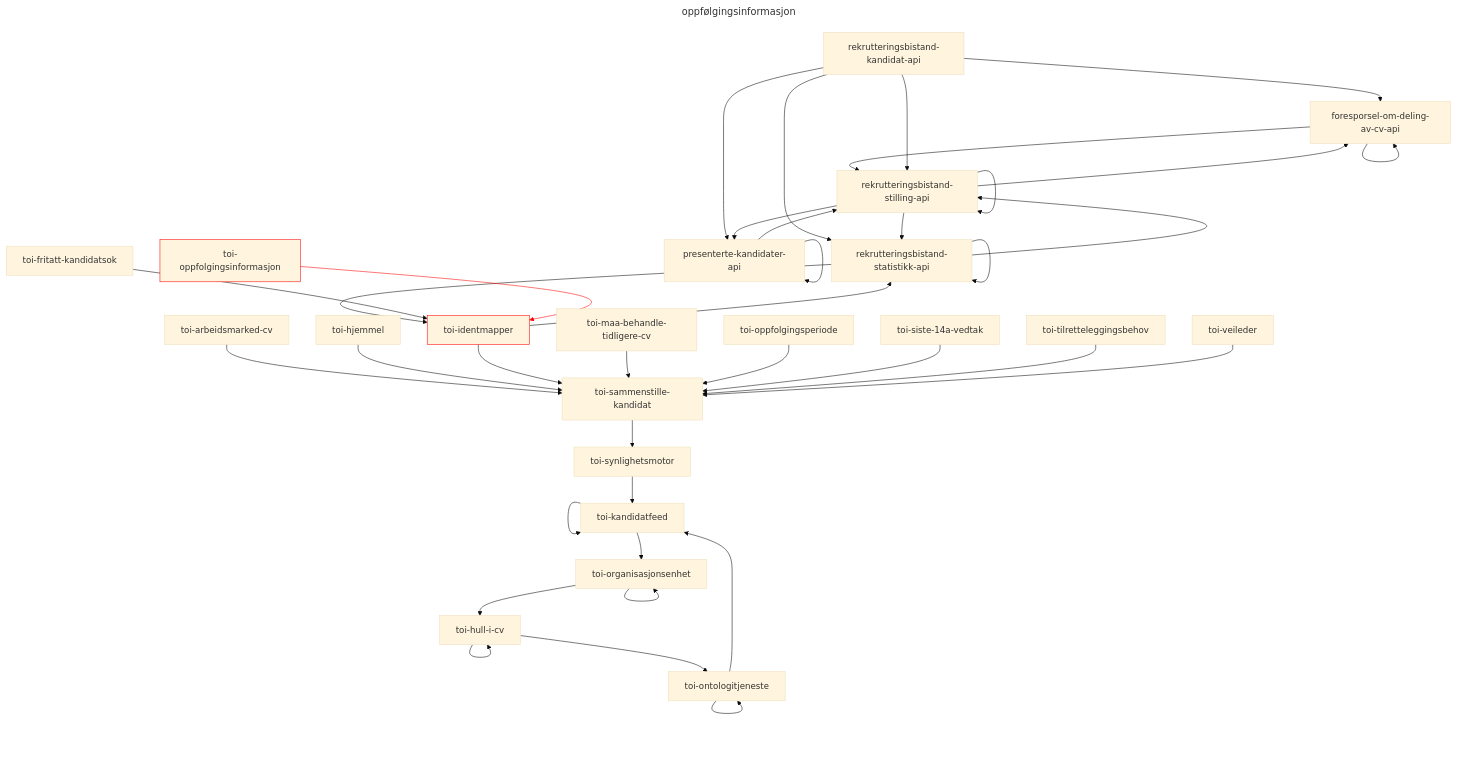
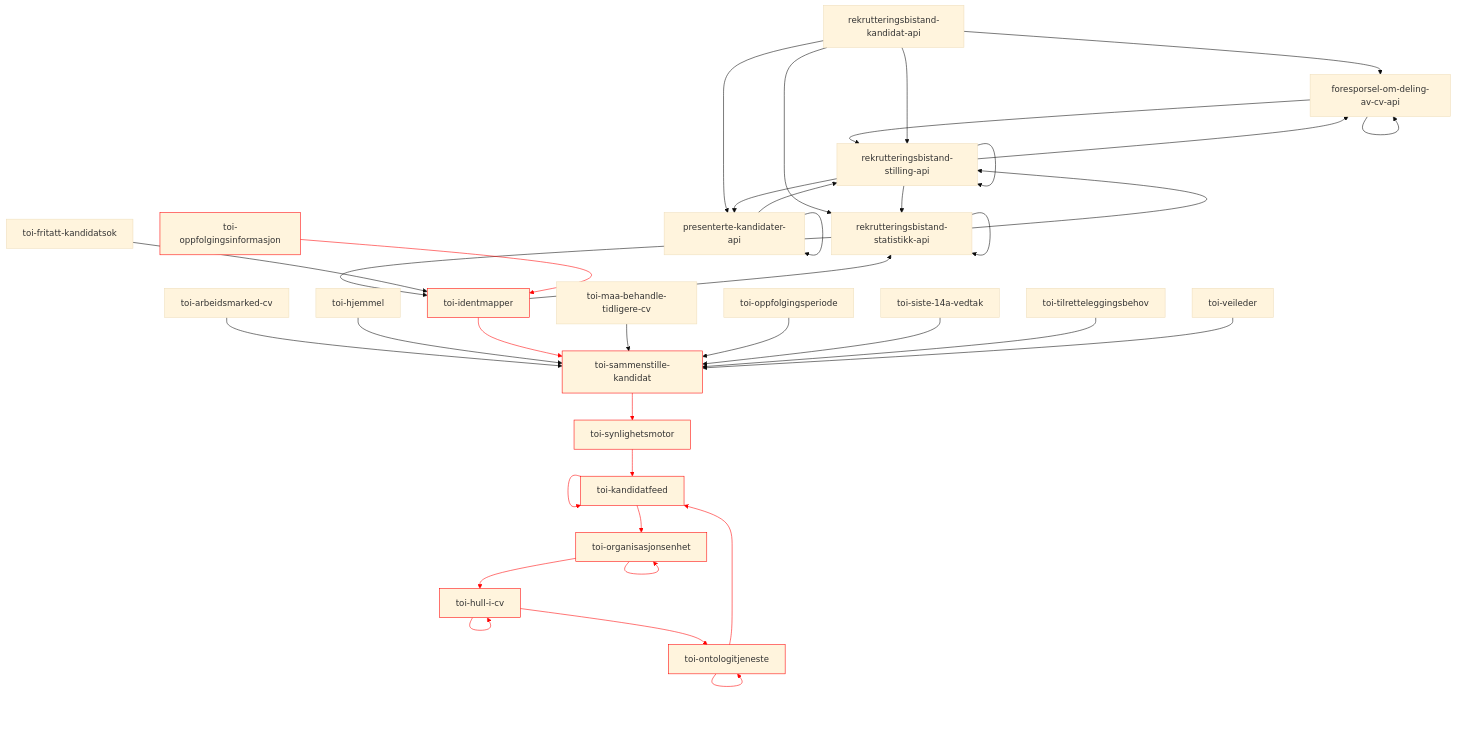
One commit to navikt/toi-rapids-and-rivers-grapher changed the seventh of 34 diagrams in README.md. Above: the diagram before and after it, drawn with Mermaid (base theme). The commit also changed other lines of this file, not shown here.

Commit message:
Oppdater Mermaid utskrift

````diff
--- a/README.md
+++ b/README.md
@@ -223,45 +259,42 @@
 ```mermaid
----
-title: oppfølgingsinformasjon
----
 graph TD;
 foresporsel-om-deling-av-cv-api --> foresporsel-om-deling-av-cv-api;
 foresporsel-om-deling-av-cv-api --> rekrutteringsbistand-stilling-api;
 presenterte-kandidater-api --> presenterte-kandidater-api;
 presenterte-kandidater-api --> rekrutteringsbistand-stilling-api;
 rekrutteringsbistand-kandidat-api --> foresporsel-om-deling-av-cv-api;
 rekrutteringsbistand-kandidat-api --> presenterte-kandidater-api;
 rekrutteringsbistand-kandidat-api --> rekrutteringsbistand-statistikk-api;
 rekrutteringsbistand-kandidat-api --> rekrutteringsbistand-stilling-api;
 rekrutteringsbistand-statistikk-api --> rekrutteringsbistand-statistikk-api;
 rekrutteringsbistand-statistikk-api --> rekrutteringsbistand-stilling-api;
 rekrutteringsbistand-statistikk-api --> toi-identmapper;
 rekrutteringsbistand-stilling-api --> foresporsel-om-deling-av-cv-api;
 rekrutteringsbistand-stilling-api --> presenterte-kandidater-api;
 rekrutteringsbistand-stilling-api --> rekrutteringsbistand-statistikk-api;
 rekrutteringsbistand-stilling-api --> rekrutteringsbistand-stilling-api;
 toi-arbeidsmarked-cv --> toi-sammenstille-kandidat;
 toi-fritatt-kandidatsok --> toi-identmapper;
 toi-hjemmel --> toi-sammenstille-kandidat;
-toi-hull-i-cv --> toi-hull-i-cv;
-toi-hull-i-cv --> toi-ontologitjeneste;
+toi-hull-i-cv:::x --> toi-hull-i-cv:::x;
+toi-hull-i-cv:::x --> toi-ontologitjeneste:::x;
 toi-identmapper --> rekrutteringsbistand-statistikk-api;
-toi-identmapper --> toi-sammenstille-kandidat;
-toi-kandidatfeed --> toi-kandidatfeed;
-toi-kandidatfeed --> toi-organisasjonsenhet;
+toi-identmapper:::x --> toi-sammenstille-kandidat:::x;
+toi-kandidatfeed:::x --> toi-kandidatfeed:::x;
+toi-kandidatfeed:::x --> toi-organisasjonsenhet:::x;
 toi-maa-behandle-tidligere-cv --> toi-sammenstille-kandidat;
-toi-ontologitjeneste --> toi-kandidatfeed;
-toi-ontologitjeneste --> toi-ontologitjeneste;
+toi-ontologitjeneste:::x --> toi-kandidatfeed:::x;
+toi-ontologitjeneste:::x --> toi-ontologitjeneste:::x;
 toi-oppfolgingsinformasjon:::x --> toi-identmapper:::x;
 toi-oppfolgingsperiode --> toi-sammenstille-kandidat;
-toi-organisasjonsenhet --> toi-hull-i-cv;
-toi-organisasjonsenhet --> toi-organisasjonsenhet;
-toi-sammenstille-kandidat --> toi-synlighetsmotor;
+toi-organisasjonsenhet:::x --> toi-hull-i-cv:::x;
+toi-organisasjonsenhet:::x --> toi-organisasjonsenhet:::x;
+toi-sammenstille-kandidat:::x --> toi-synlighetsmotor:::x;
 toi-siste-14a-vedtak --> toi-sammenstille-kandidat;
-toi-synlighetsmotor --> toi-kandidatfeed;
+toi-synlighetsmotor:::x --> toi-kandidatfeed:::x;
 toi-tilretteleggingsbehov --> toi-sammenstille-kandidat;
 toi-veileder --> toi-sammenstille-kandidat;
 
-linkStyle 27 stroke:red;
+linkStyle 18,19,21,22,23,25,26,27,29,30,31,33 stroke:red;
 classDef x stroke: red;
 ```
````
